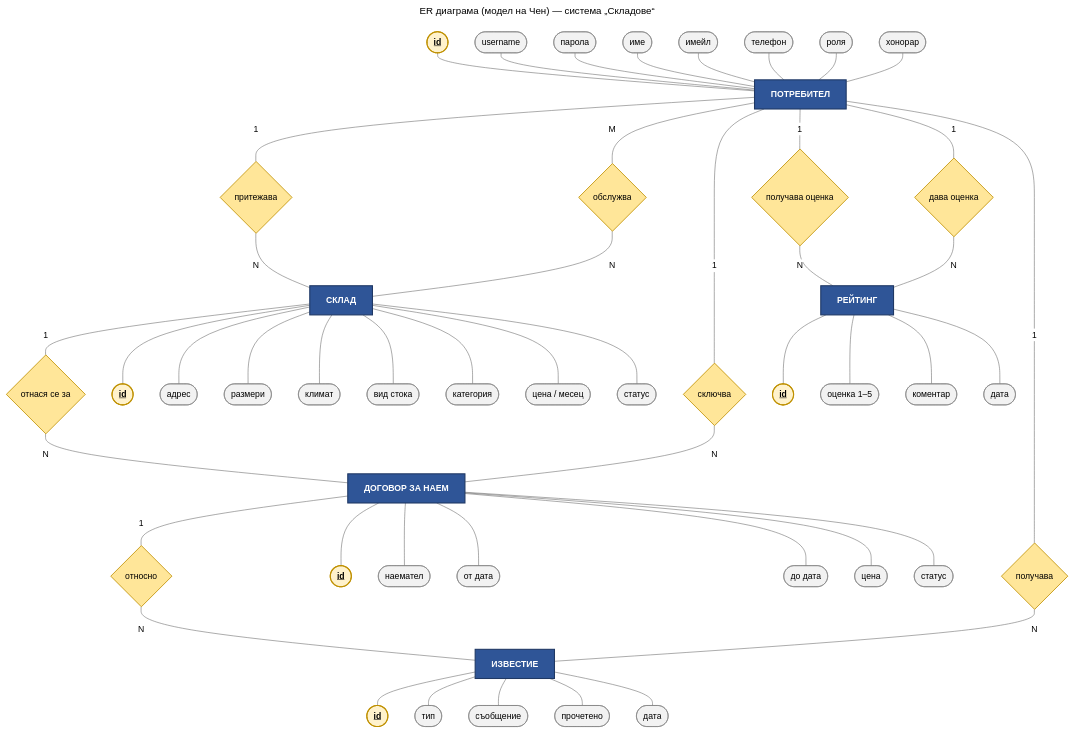
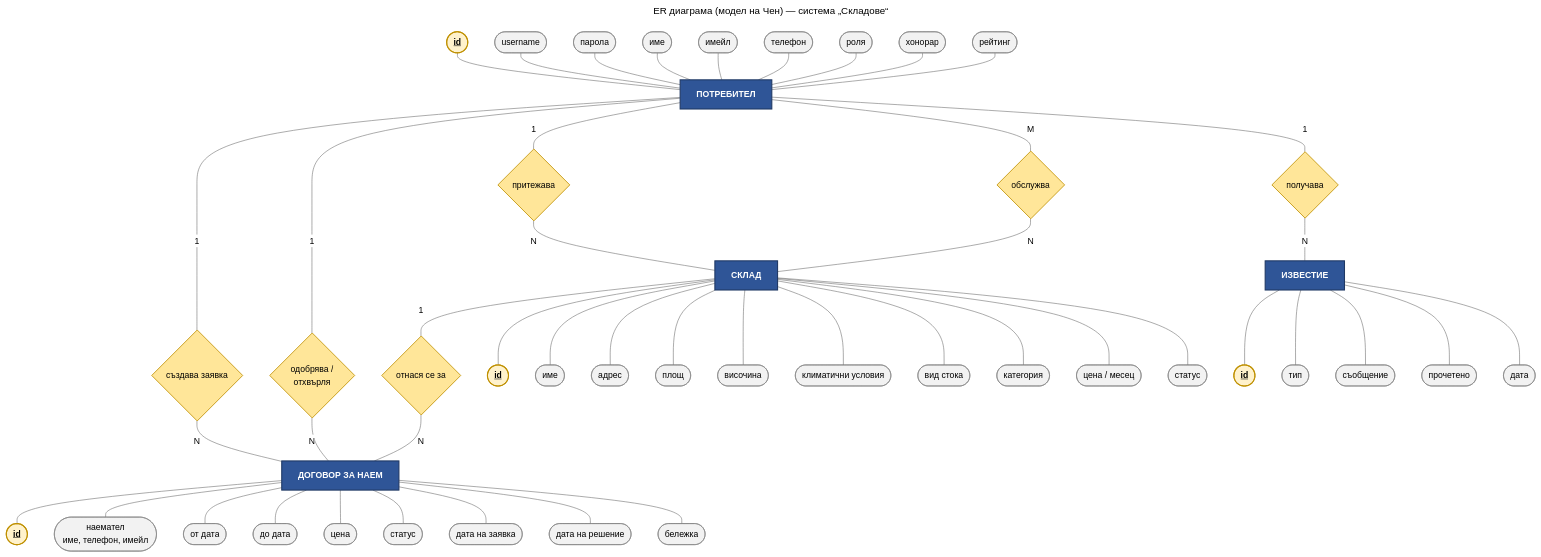
Before and after one commit to MaxiTVBG/skladove-spring: the diagram in docs/mermaid/er-chen.mmd, drawn with Mermaid (neutral theme). The commit also changed 10 other files, not shown here.

Commit message:
Диаграмите обновени според entity-тата и RentalService

```diff
--- a/docs/mermaid/er-chen.mmd
+++ b/docs/mermaid/er-chen.mmd
@@ -1,78 +1,74 @@
 ---
 title: ER диаграма (модел на Чен) — система „Складове“
 ---
 flowchart TB
   %% Правоъгълник = обект, ромб = връзка, овал = атрибут, подчертан = първичен ключ
 
   %% ---------- Обекти ----------
   USER[ПОТРЕБИТЕЛ]
   WH[СКЛАД]
   RC[ДОГОВОР ЗА НАЕМ]
-  RT[РЕЙТИНГ]
   NT[ИЗВЕСТИЕ]
 
   %% ---------- Връзки ----------
   owns{притежава}
   serves{обслужва}
-  signs{сключва}
+  creates{създава заявка}
+  decides{одобрява /<br/>отхвърля}
   covers{отнася се за}
-  rated{получава оценка}
-  gives{дава оценка}
   receives{получава}
-  about{относно}
 
   USER ---|1| owns ---|N| WH
   USER ---|M| serves ---|N| WH
-  USER ---|1| signs ---|N| RC
+  USER ---|1| creates ---|N| RC
+  USER ---|1| decides ---|N| RC
   WH ---|1| covers ---|N| RC
-  USER ---|1| rated ---|N| RT
-  USER ---|1| gives ---|N| RT
   USER ---|1| receives ---|N| NT
-  RC ---|1| about ---|N| NT
 
   %% ---------- Атрибути ----------
   u1([<u>id</u>]) --- USER
   u2([username]) --- USER
   u3([парола]) --- USER
   u4([име]) --- USER
   u5([имейл]) --- USER
   u6([телефон]) --- USER
   u7([роля]) --- USER
   u8([хонорар]) --- USER
+  u9([рейтинг]) --- USER
 
   WH --- w1([<u>id</u>])
-  WH --- w2([адрес])
-  WH --- w3([размери])
-  WH --- w4([климат])
-  WH --- w5([вид стока])
-  WH --- w6([категория])
-  WH --- w7([цена / месец])
-  WH --- w8([статус])
+  WH --- w2([име])
+  WH --- w3([адрес])
+  WH --- w4([площ])
+  WH --- w5([височина])
+  WH --- w6([климатични условия])
+  WH --- w7([вид стока])
+  WH --- w8([категория])
+  WH --- w9([цена / месец])
+  WH --- w10([статус])
 
   RC --- c1([<u>id</u>])
-  RC --- c2([наемател])
+  RC --- c2([наемател<br/>име, телефон, имейл])
   RC --- c3([от дата])
   RC --- c4([до дата])
   RC --- c5([цена])
   RC --- c6([статус])
-
-  RT --- r1([<u>id</u>])
-  RT --- r2([оценка 1–5])
-  RT --- r3([коментар])
-  RT --- r4([дата])
+  RC --- c7([дата на заявка])
+  RC --- c8([дата на решение])
+  RC --- c9([бележка])
 
   NT --- n1([<u>id</u>])
   NT --- n2([тип])
   NT --- n3([съобщение])
   NT --- n4([прочетено])
   NT --- n5([дата])
 
   %% ---------- Стилове ----------
   classDef entity fill:#2F5597,stroke:#1F3864,stroke-width:2px,color:#fff,font-weight:bold
   classDef rel fill:#FFE699,stroke:#BF9000,stroke-width:1.5px,color:#000
   classDef attr fill:#F2F2F2,stroke:#7F7F7F,color:#000
   classDef key fill:#FFF2CC,stroke:#BF9000,stroke-width:2px,color:#000,font-weight:bold
-  class USER,WH,RC,RT,NT entity
-  class owns,serves,signs,covers,rated,gives,receives,about rel
-  class u2,u3,u4,u5,u6,u7,u8,w2,w3,w4,w5,w6,w7,w8,c2,c3,c4,c5,c6,r2,r3,r4,n2,n3,n4,n5 attr
-  class u1,w1,c1,r1,n1 key
+  class USER,WH,RC,NT entity
+  class owns,serves,creates,decides,covers,receives rel
+  class u2,u3,u4,u5,u6,u7,u8,u9,w2,w3,w4,w5,w6,w7,w8,w9,w10,c2,c3,c4,c5,c6,c7,c8,c9,n2,n3,n4,n5 attr
+  class u1,w1,c1,n1 key
```
